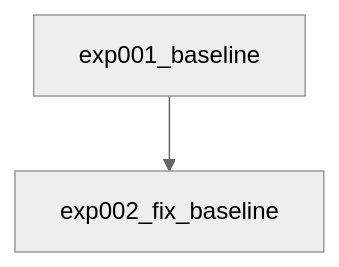
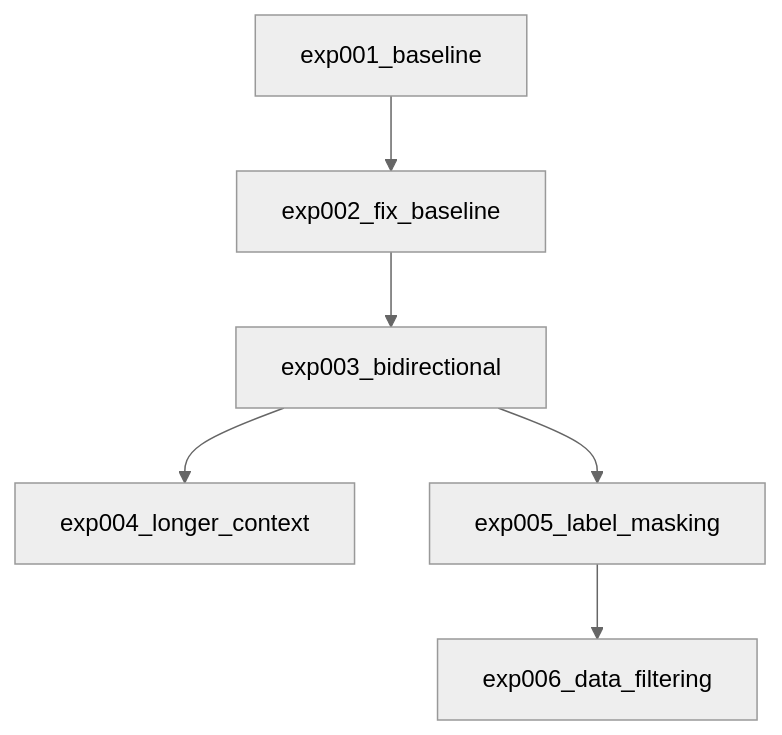
Before and after one commit to root4kaido/Akkadian: the diagram in workspace/experiment_summary.md, drawn with Mermaid (neutral theme). The commit also changed other lines of this file and 47 other files, not shown here.

````diff
--- a/workspace/experiment_summary.md
+++ b/workspace/experiment_summary.md
@@ -5,5 +5,9 @@
 ```mermaid
 graph TD
     exp001[exp001_baseline]
     exp001 --> exp002[exp002_fix_baseline]
+    exp002 --> exp003[exp003_bidirectional]
+    exp003 --> exp004[exp004_longer_context]
+    exp003 --> exp005[exp005_label_masking]
+    exp005 --> exp006[exp006_data_filtering]
 ```
````
